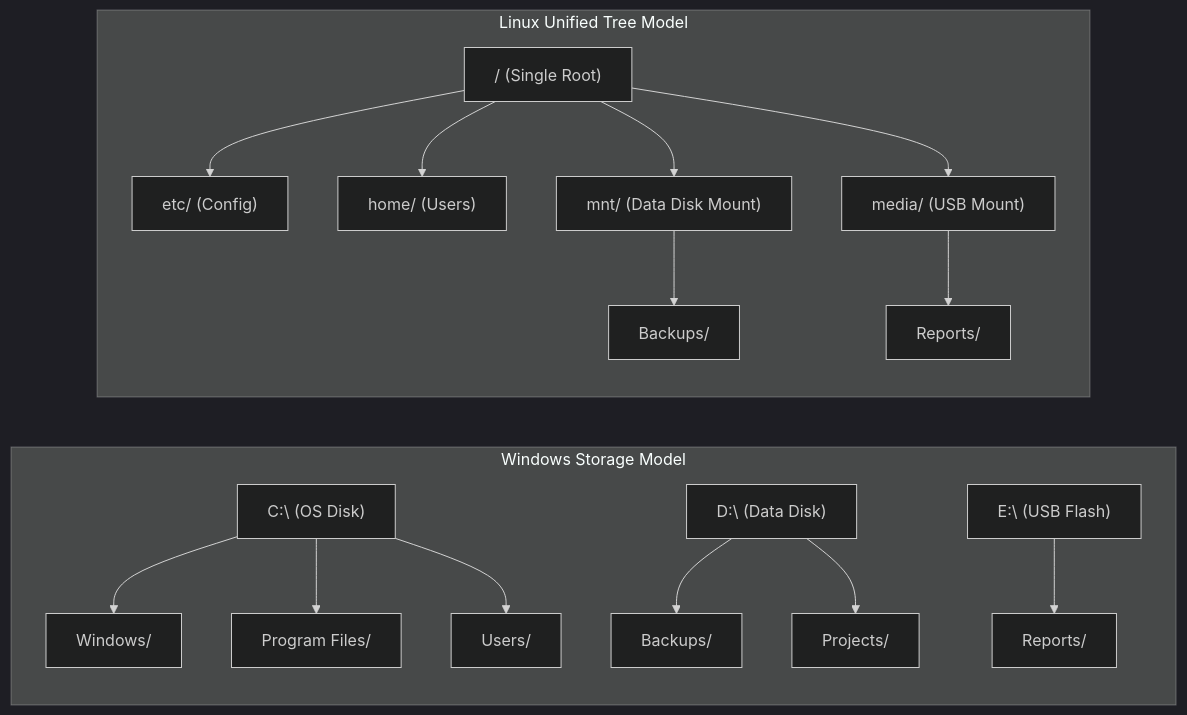
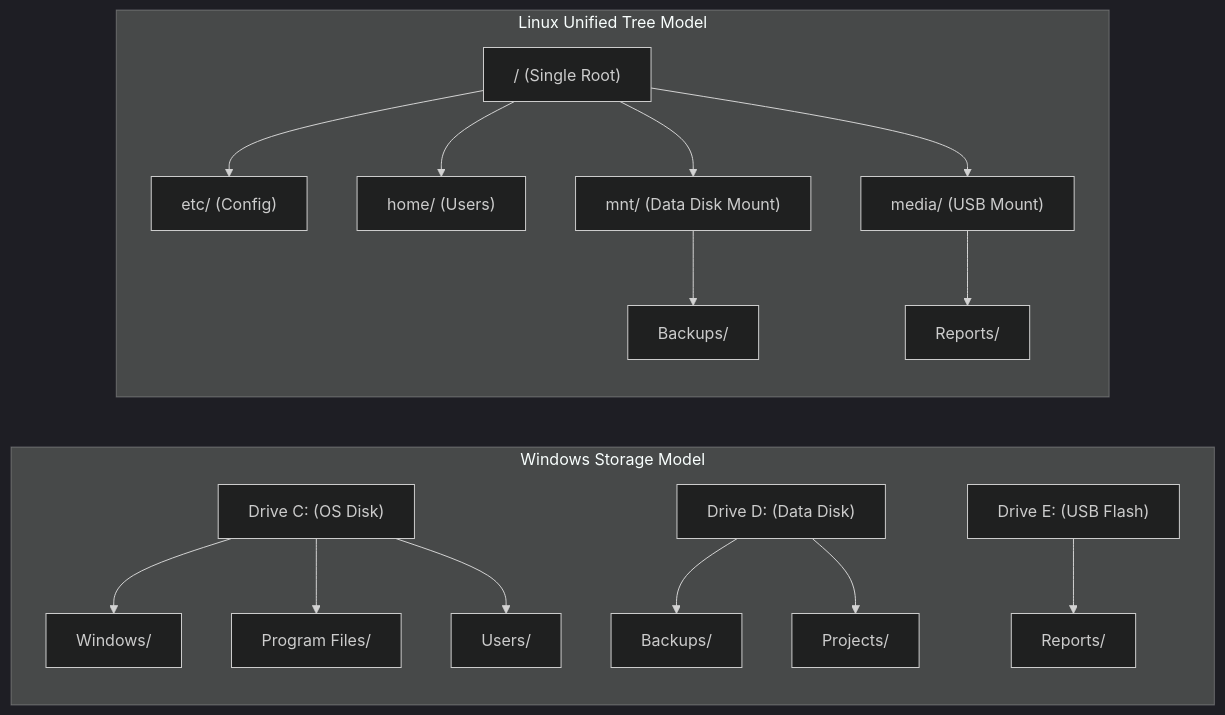
Before and after one commit to Kashif-Mashi/Blue-Team-Handbook: the second of 3 diagrams in System-and-Network-Administrator/assignments/Assignment-01-Linux-File-System-Hierarchy.md, drawn with Mermaid (dark theme). The commit also changed other lines of this file and 13 other files, not shown here.

Commit message:
Verification & Fixes: Mermaid Diagrams Across the Repository

````diff
--- a/System-and-Network-Administrator/assignments/Assignment-01-Linux-File-System-Hierarchy.md
+++ b/System-and-Network-Administrator/assignments/Assignment-01-Linux-File-System-Hierarchy.md
@@ -89,20 +89,20 @@
 ```mermaid
 graph LR
-    subgraph Windows Storage Model
-        C["C:\ (OS Disk)"] --> C1["Windows/"]
+    subgraph WinModel["Windows Storage Model"]
+        C["Drive C: (OS Disk)"] --> C1["Windows/"]
         C --> C2["Program Files/"]
         C --> C3["Users/"]
-        D["D:\ (Data Disk)"] --> D1["Backups/"]
+        D["Drive D: (Data Disk)"] --> D1["Backups/"]
         D --> D2["Projects/"]
-        E["E:\ (USB Flash)"] --> E1["Reports/"]
+        E["Drive E: (USB Flash)"] --> E1["Reports/"]
     end
 
-    subgraph Linux Unified Tree Model
+    subgraph LinuxModel["Linux Unified Tree Model"]
         LROOT["/ (Single Root)"] --> LB1["etc/ (Config)"]
         LROOT --> LB2["home/ (Users)"]
         LROOT --> LB3["mnt/ (Data Disk Mount)"]
         LROOT --> LB4["media/ (USB Mount)"]
         LB3 --> LBD1["Backups/"]
         LB4 --> LBE1["Reports/"]
     end
 ```
````
